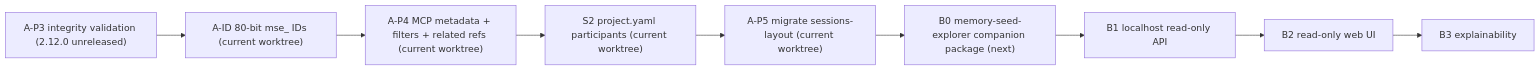
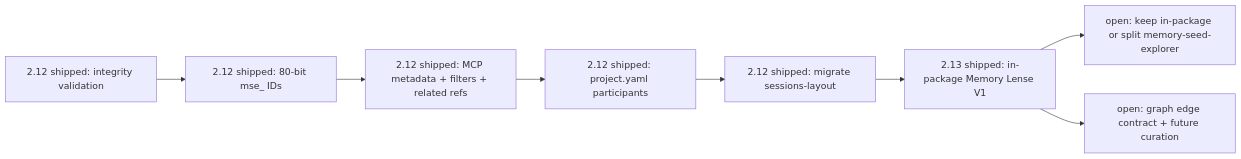
The diagram in docs/todo/3.0-plan.md (jnl-tshi/memory-seed), drawn with Mermaid before and after one commit. The commit also changed other lines of this file and 28 other files, not shown here.

````diff
--- a/docs/todo/3.0-plan.md
+++ b/docs/todo/3.0-plan.md
@@ -350,11 +364,11 @@
 ```mermaid
 flowchart LR
-  P3["A-P3 integrity validation (2.12.0 unreleased)"] --> ID["A-ID 80-bit mse_ IDs (current worktree)"]
-  ID --> P4["A-P4 MCP metadata + filters + related refs (current worktree)"]
-  P4 --> S2["S2 project.yaml participants (current worktree)"]
-  S2 --> P5["A-P5 migrate sessions-layout (current worktree)"]
-  P5 --> B0["B0 memory-seed-explorer companion package (next)"]
-  B0 --> B1["B1 localhost read-only API"]
-  B1 --> B2["B2 read-only web UI"]
-  B2 --> B3["B3 explainability"]
+  P3["2.12 shipped: integrity validation"]
+  P3 --> ID["2.12 shipped: 80-bit mse_ IDs"]
+  ID --> P4["2.12 shipped: MCP metadata + filters + related refs"]
+  P4 --> S2["2.12 shipped: project.yaml participants"]
+  S2 --> P5["2.12 shipped: migrate sessions-layout"]
+  P5 --> LENSE["2.13 shipped: in-package Memory Lense V1"]
+  LENSE --> DIST["open: keep in-package or split memory-seed-explorer"]
+  LENSE --> GRAPH["open: graph edge contract + future curation"]
 ```
````
